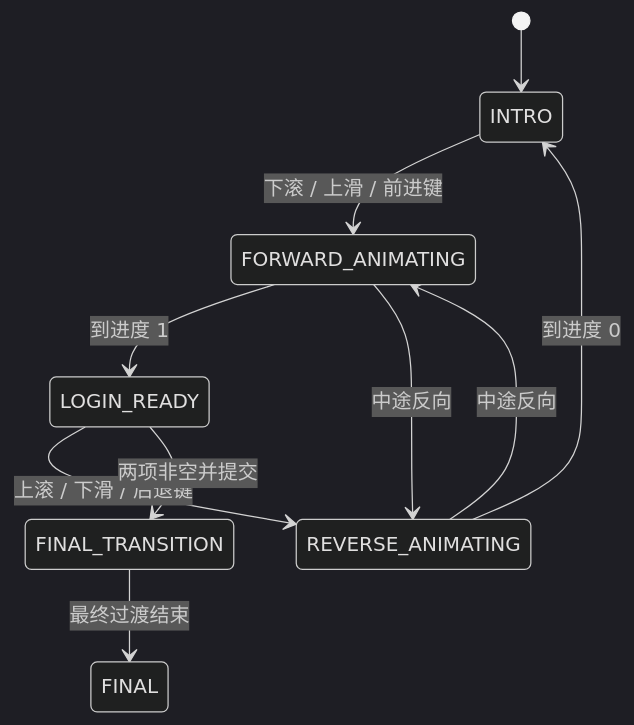
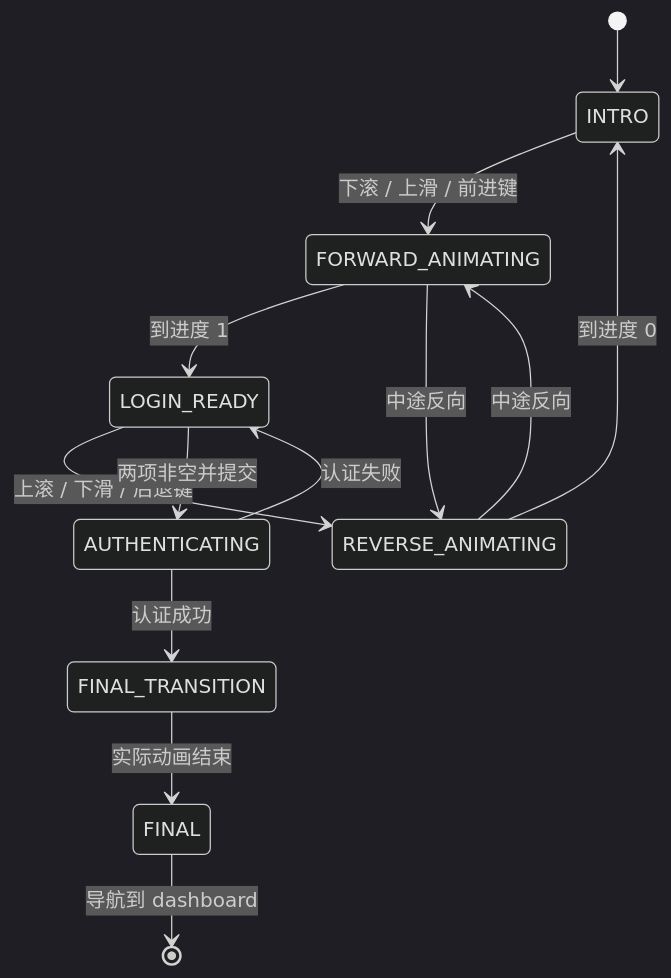
The second of 6 diagrams in docs/code-study.md (Obl1vion31/Formward), drawn with Mermaid (dark theme) before and after one commit. The commit also changed other lines of this file and 45 other files, not shown here.

````diff
--- a/docs/code-study.md
+++ b/docs/code-study.md
@@ -494,12 +501,15 @@
 ```mermaid
 stateDiagram-v2
   [*] --> INTRO
   INTRO --> FORWARD_ANIMATING: 下滚 / 上滑 / 前进键
   FORWARD_ANIMATING --> LOGIN_READY: 到进度 1
   FORWARD_ANIMATING --> REVERSE_ANIMATING: 中途反向
   LOGIN_READY --> REVERSE_ANIMATING: 上滚 / 下滑 / 后退键
   REVERSE_ANIMATING --> INTRO: 到进度 0
   REVERSE_ANIMATING --> FORWARD_ANIMATING: 中途反向
-  LOGIN_READY --> FINAL_TRANSITION: 两项非空并提交
-  FINAL_TRANSITION --> FINAL: 最终过渡结束
+  LOGIN_READY --> AUTHENTICATING: 两项非空并提交
+  AUTHENTICATING --> LOGIN_READY: 认证失败
+  AUTHENTICATING --> FINAL_TRANSITION: 认证成功
+  FINAL_TRANSITION --> FINAL: 实际动画结束
+  FINAL --> [*]: 导航到 dashboard
 ```
````
